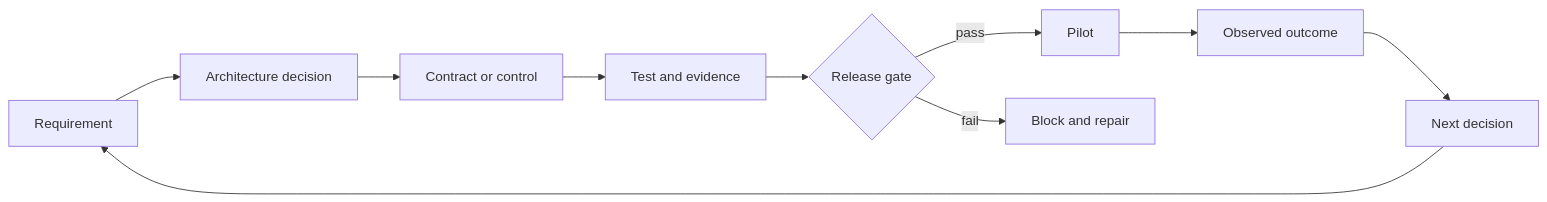
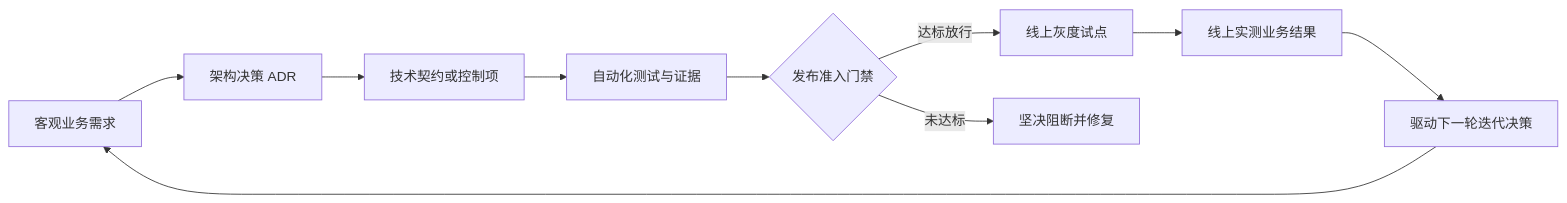
The diagram in certifications/claude/lessons/32-architect-professional-system-capstone/docs/en.md (cluster1900/ai-engineering-from-scratch-zh), drawn with Mermaid before and after one commit. The commit also changed other lines of this file and 187 other files, not shown here.

````diff
--- a/certifications/claude/lessons/32-architect-professional-system-capstone/docs/en.md
+++ b/certifications/claude/lessons/32-architect-professional-system-capstone/docs/en.md
@@ -167,12 +140,12 @@
 ```mermaid
 flowchart LR
-    R["Requirement"] --> D["Architecture decision"]
-    D --> C["Contract or control"]
-    C --> T["Test and evidence"]
-    T --> G{"Release gate"}
-    G -->|"pass"| P["Pilot"]
-    G -->|"fail"| B["Block and repair"]
-    P --> O["Observed outcome"]
-    O --> N["Next decision"]
+    R["客观业务需求"] --> D["架构决策 ADR"]
+    D --> C["技术契约或控制项"]
+    C --> T["自动化测试与证据"]
+    T --> G{"发布准入门禁"}
+    G -->|"达标放行"| P["线上灰度试点"]
+    G -->|"未达标"| B["坚决阻断并修复"]
+    P --> O["线上实测业务结果"]
+    O --> N["驱动下一轮迭代决策"]
     N --> R
 ```
````
